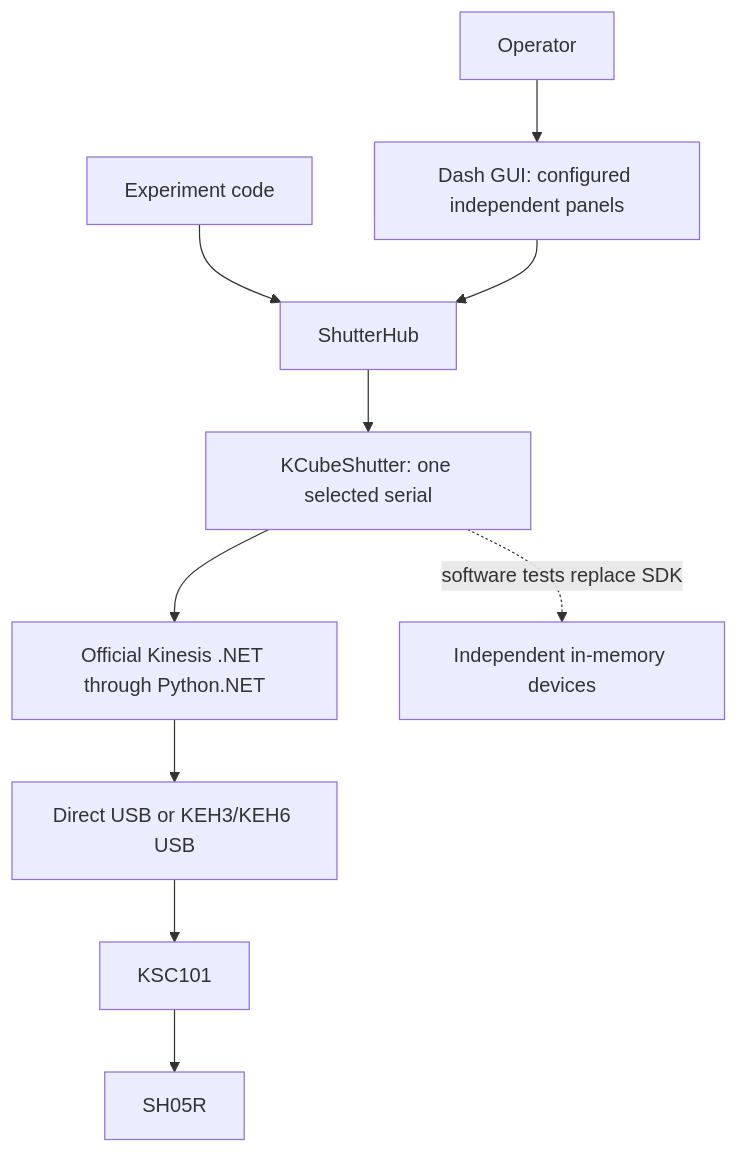
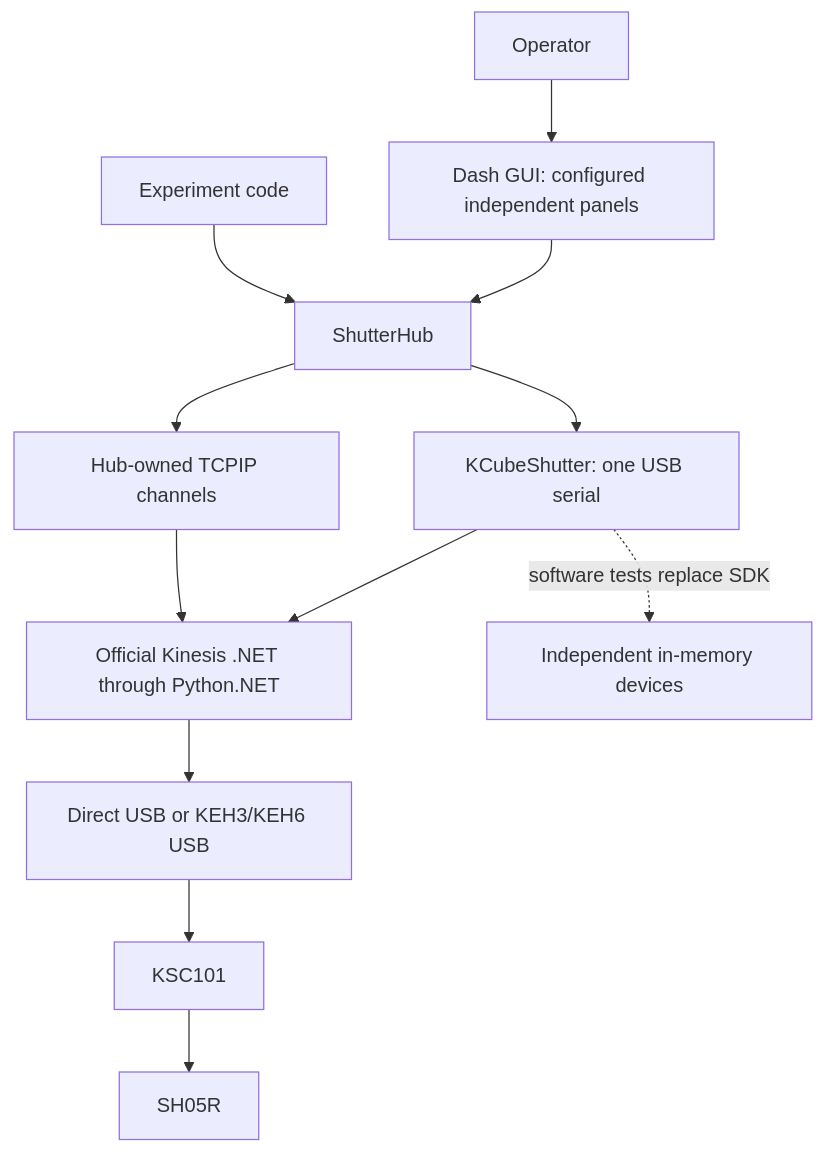
The diagram in docs/architecture.md (cct1123/thorlabs-shutter-control), drawn with Mermaid before and after one commit. The commit also changed other lines of this file and 62 other files, not shown here.

Commit message:
Simplify shutter commands, move Ethernet to hub, and reconcile interfaces

````diff
--- a/docs/architecture.md
+++ b/docs/architecture.md
@@ -5,12 +5,14 @@
 ```mermaid
 flowchart TD
     User[Operator] --> GUI[Dash GUI: configured independent panels]
     Experiment[Experiment code] --> Hub[ShutterHub]
     GUI --> Hub
-    Hub --> Driver[KCubeShutter: one selected serial]
+    Hub --> Driver[KCubeShutter: one USB serial]
+    Hub --> Network[Hub-owned TCPIP channels]
+    Network --> SDK
     Driver --> SDK[Official Kinesis .NET through Python.NET]
     SDK --> USB[Direct USB or KEH3/KEH6 USB]
     USB --> Cube[KSC101]
     Cube --> Shutter[SH05R]
     Driver -. software tests replace SDK .-> Fake[Independent in-memory devices]
 ```
````
